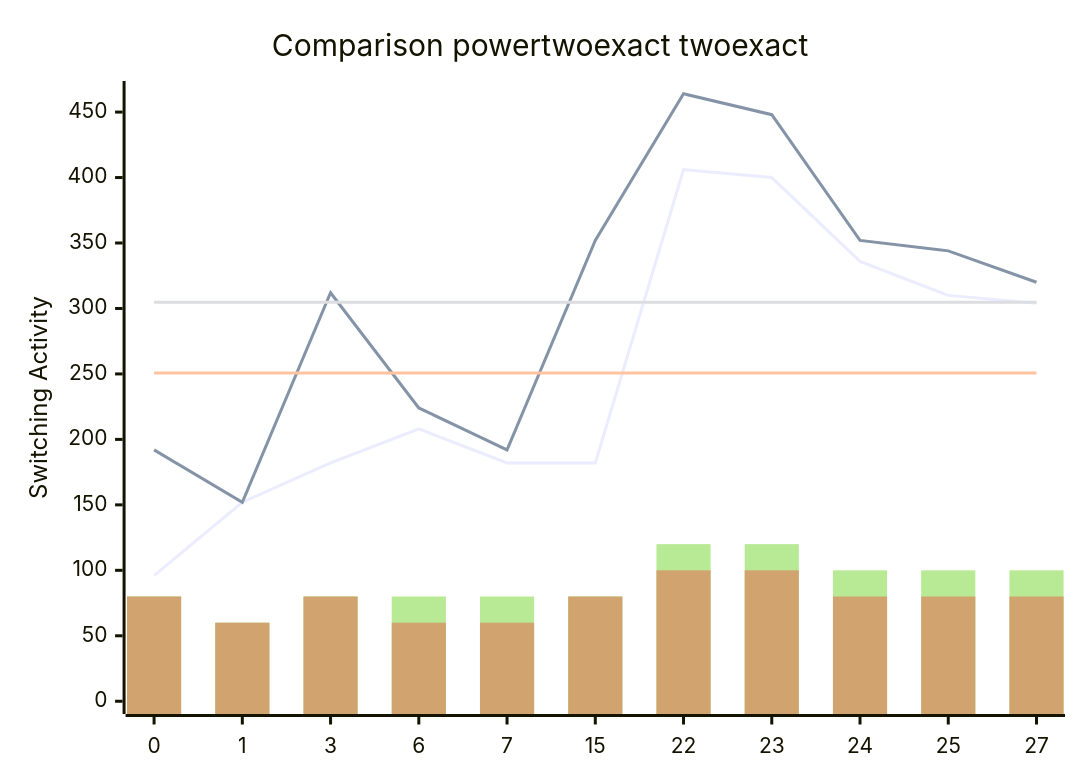
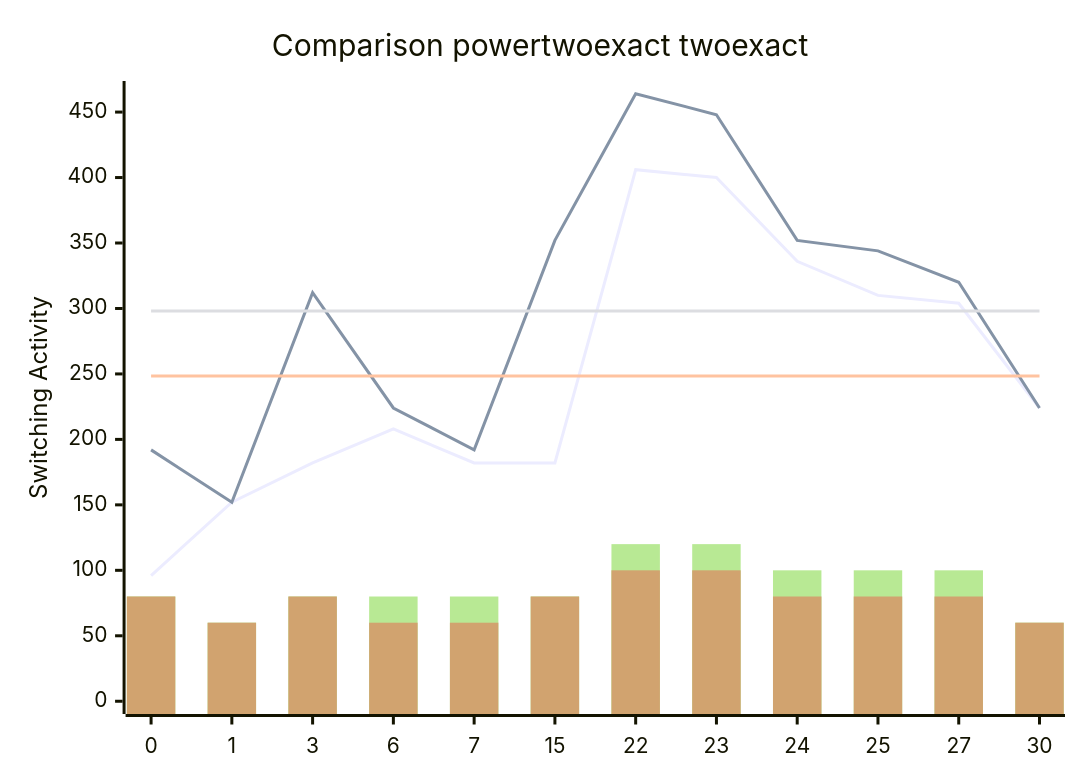
One commit to FeldmeierMichael/Exact-Power-Synthesis changed the diagram in benchmark.md. Above: the diagram before and after it, drawn with Mermaid. The commit also changed other lines of this file and 2 other files, not shown here.

````diff
--- a/benchmark.md
+++ b/benchmark.md
@@ -27,12 +29,12 @@
 ```mermaid
 xychart-beta
     title "Comparison powertwoexact twoexact"
-    x-axis [0, 1, 3, 6, 7, 15, 22, 23, 24, 25, 27]
+    x-axis [0, 1, 3, 6, 7, 15, 22, 23, 24, 25, 27, 30]
     y-axis "Switching Activity" 0-->464
-    line [96, 152, 182, 208, 182, 182, 406, 400, 336, 310, 304]
-    line [192, 152, 312, 224, 192, 352, 464, 448, 352, 344, 320]
-    line [250.72727272727272, 250.72727272727272, 250.72727272727272, 250.72727272727272, 250.72727272727272, 250.72727272727272, 250.72727272727272, 250.72727272727272, 250.72727272727272, 250.72727272727272, 250.72727272727272]
-    line [304.72727272727275, 304.72727272727275, 304.72727272727275, 304.72727272727275, 304.72727272727275, 304.72727272727275, 304.72727272727275, 304.72727272727275, 304.72727272727275, 304.72727272727275, 304.72727272727275]
-    bar [80, 60, 80, 80, 80, 80, 120, 120, 100, 100, 100]
-    bar [80, 60, 80, 60, 60, 80, 100, 100, 80, 80, 80]
+    line [96, 152, 182, 208, 182, 182, 406, 400, 336, 310, 304, 224]
+    line [192, 152, 312, 224, 192, 352, 464, 448, 352, 344, 320, 224]
+    line [248.5, 248.5, 248.5, 248.5, 248.5, 248.5, 248.5, 248.5, 248.5, 248.5, 248.5, 248.5]
+    line [298.0, 298.0, 298.0, 298.0, 298.0, 298.0, 298.0, 298.0, 298.0, 298.0, 298.0, 298.0]
+    bar [80, 60, 80, 80, 80, 80, 120, 120, 100, 100, 100, 60]
+    bar [80, 60, 80, 60, 60, 80, 100, 100, 80, 80, 80, 60]
 ```
````
